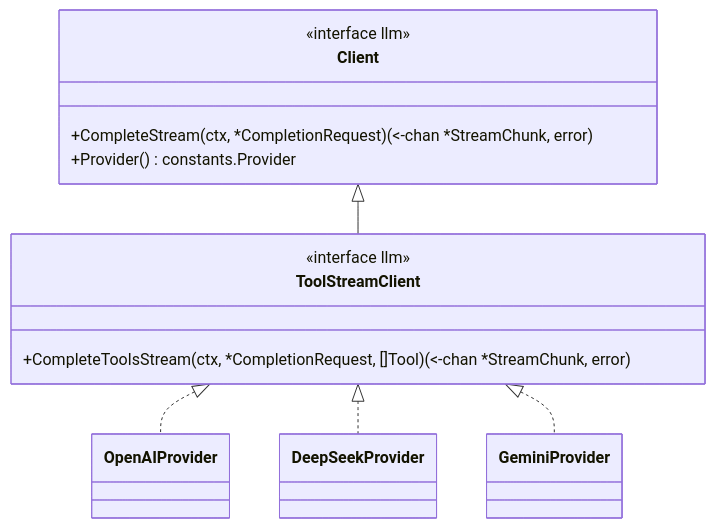
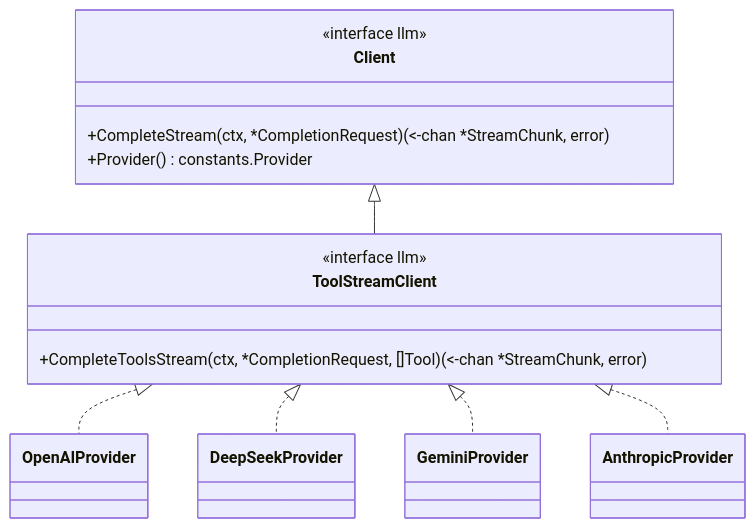
One commit to kart-io/goagent changed the fourth of 5 diagrams in docs/architecture/COMPONENT_DIAGRAM.md. Above: the diagram before and after it, drawn with Mermaid. The commit also changed other lines of this file and 60 other files, not shown here.

````diff
--- a/docs/architecture/COMPONENT_DIAGRAM.md
+++ b/docs/architecture/COMPONENT_DIAGRAM.md
@@ -175,19 +175,21 @@
 ```mermaid
 classDiagram
     class Client {
         <<interface llm>>
         +CompleteStream(ctx, *CompletionRequest) (<-chan *StreamChunk, error)
         +Provider() constants.Provider
     }
     class ToolStreamClient {
         <<interface llm>>
         +CompleteToolsStream(ctx, *CompletionRequest, []Tool) (<-chan *StreamChunk, error)
     }
     class OpenAIProvider
     class DeepSeekProvider
     class GeminiProvider
+    class AnthropicProvider
     Client <|-- ToolStreamClient
     ToolStreamClient <|.. OpenAIProvider
     ToolStreamClient <|.. DeepSeekProvider
     ToolStreamClient <|.. GeminiProvider
+    ToolStreamClient <|.. AnthropicProvider
 ```
````
